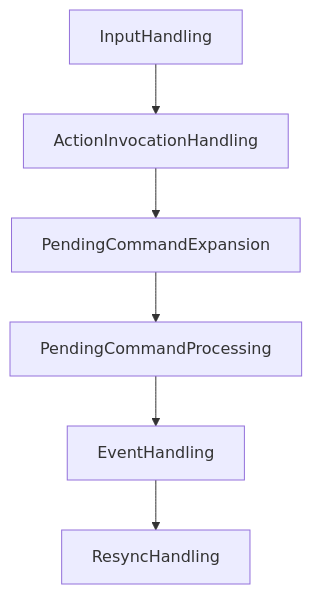
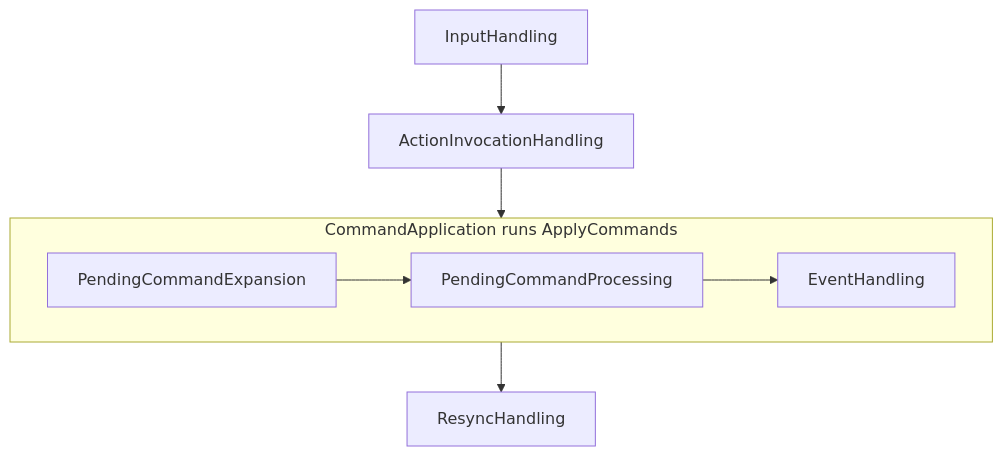
One commit to stewartadam/nightfall-lightdesk changed the second of 4 diagrams in docs/internal/src/engine/frame-loop.md. Above: the diagram before and after it, drawn with Mermaid. The commit also changed other lines of this file and 61 other files, not shown here.

First line of the commit message:
feat(engine:undo): apply commands in their own schedule and settle undo within one update

````diff
--- a/docs/internal/src/engine/frame-loop.md
+++ b/docs/internal/src/engine/frame-loop.md
@@ -42,10 +42,12 @@
 ```mermaid
 flowchart TB
-  accTitle: System sets in the Update schedule
-  accDescr: InputHandling drains commands and input from the hosts. ActionInvocationHandling dispatches bound actions. PendingCommandExpansion rewrites wrapper commands. PendingCommandProcessing captures undo and dispatches commands as messages. EventHandling applies them to world state. ResyncHandling resends state to clients that asked for it.
+  accTitle: System sets in the Update and ApplyCommands schedules
+  accDescr: In Update, InputHandling drains commands and input from the hosts and ActionInvocationHandling dispatches bound actions. CommandApplication then runs the ApplyCommands schedule, where PendingCommandExpansion rewrites wrapper commands, PendingCommandProcessing captures undo and dispatches commands as messages, and EventHandling applies them to world state. Back in Update, ResyncHandling resends state to clients that asked for it.
   input[InputHandling] --> actions[ActionInvocationHandling]
-  actions --> expand[PendingCommandExpansion]
-  expand --> process[PendingCommandProcessing]
-  process --> events[EventHandling]
-  events --> resync[ResyncHandling]
+  actions --> apply
+  subgraph apply[CommandApplication runs ApplyCommands]
+    expand[PendingCommandExpansion] --> process[PendingCommandProcessing]
+    process --> events[EventHandling]
+  end
+  apply --> resync[ResyncHandling]
 ```
````
